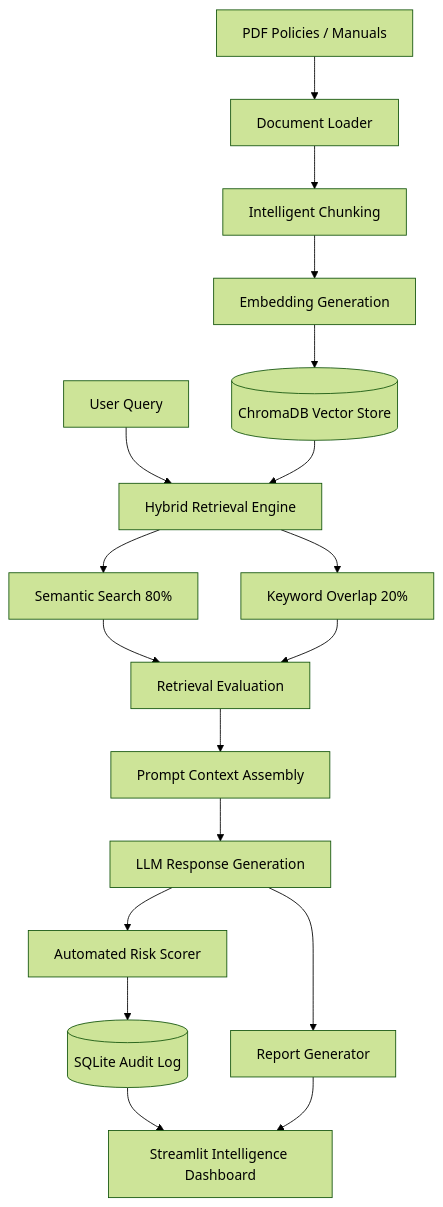
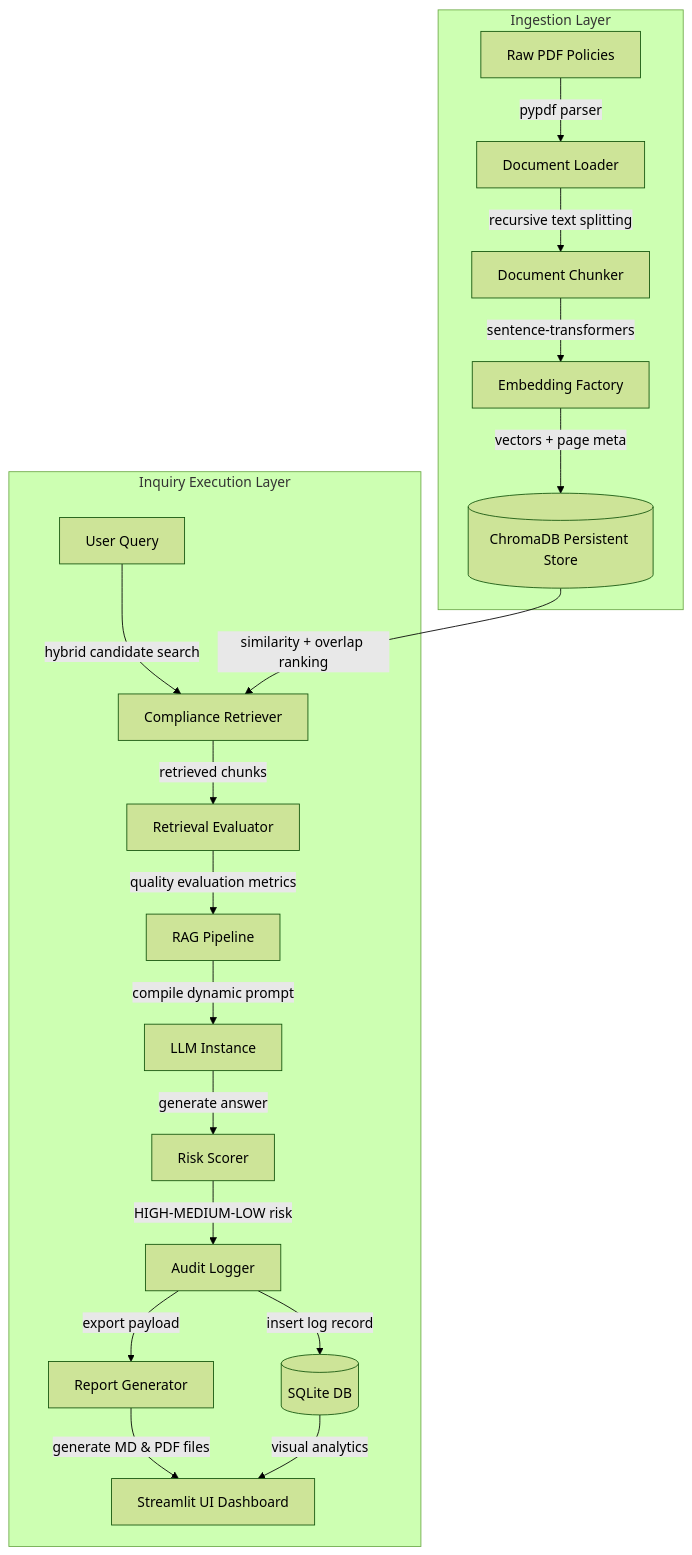
The diagram in README.md (Priyanshu1112/regulatory-compliance-intelligence-platform), drawn with Mermaid (forest theme) before and after one commit. The commit also changed other lines of this file, not shown here.

First line of the commit message:
docs: overhaul README with system design, metrics, and API deep dives

````diff
--- a/README.md
+++ b/README.md
@@ -13,25 +114,22 @@
 ```mermaid
 graph TD
-    A[PDF Policies / Manuals] --> B[Document Loader]
-    B --> C[Intelligent Chunking]
-    C --> D[Embedding Generation]
-    D --> E[(ChromaDB Vector Store)]
-    
-    F[User Query] --> G[Hybrid Retrieval Engine]
-    E --> G
-    
-    G --> H[Semantic Search 80%]
-    G --> I[Keyword Overlap 20%]
-    
-    H --> J[Retrieval Evaluation]
-    I --> J
-    
-    J --> K[Prompt Context Assembly]
-    K --> L[LLM Response Generation]
-    L --> M[Automated Risk Scorer]
-    M --> N[(SQLite Audit Log)]
-    
-    L --> O[Report Generator]
-    N --> P[Streamlit Intelligence Dashboard]
-    O --> P
+    subgraph Ingestion Layer
+        A[Raw PDF Policies] -->|pypdf parser| B[Document Loader]
+        B -->|recursive text splitting| C[Document Chunker]
+        C -->|sentence-transformers| D[Embedding Factory]
+        D -->|vectors + page meta| E[(ChromaDB Persistent Store)]
+    end
+    subgraph Inquiry Execution Layer
+        F[User Query] -->|hybrid candidate search| G[Compliance Retriever]
+        E -->|similarity + overlap ranking| G
+        G -->|retrieved chunks| H[Retrieval Evaluator]
+        H -->|quality evaluation metrics| I[RAG Pipeline]
+        I -->|compile dynamic prompt| J[LLM Instance]
+        J -->|generate answer| K[Risk Scorer]
+        K -->|HIGH-MEDIUM-LOW risk| L[Audit Logger]
+        L -->|insert log record| M[(SQLite DB)]
+        L -->|export payload| N[Report Generator]
+        N -->|generate MD & PDF files| O[Streamlit UI Dashboard]
+        M -->|visual analytics| O
+    end
 ```
````
